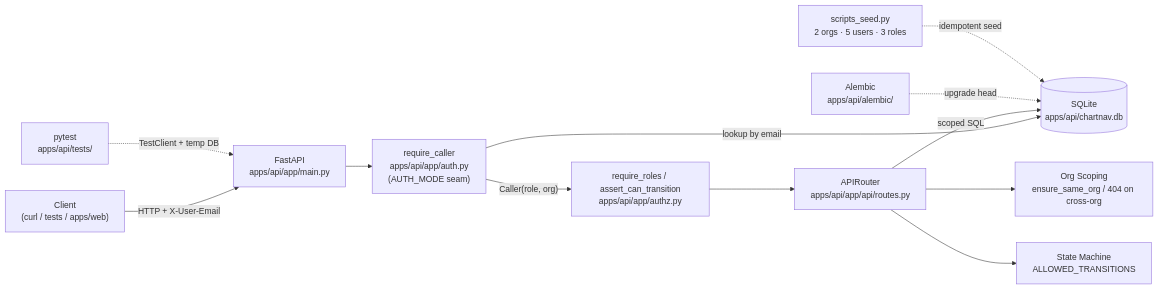
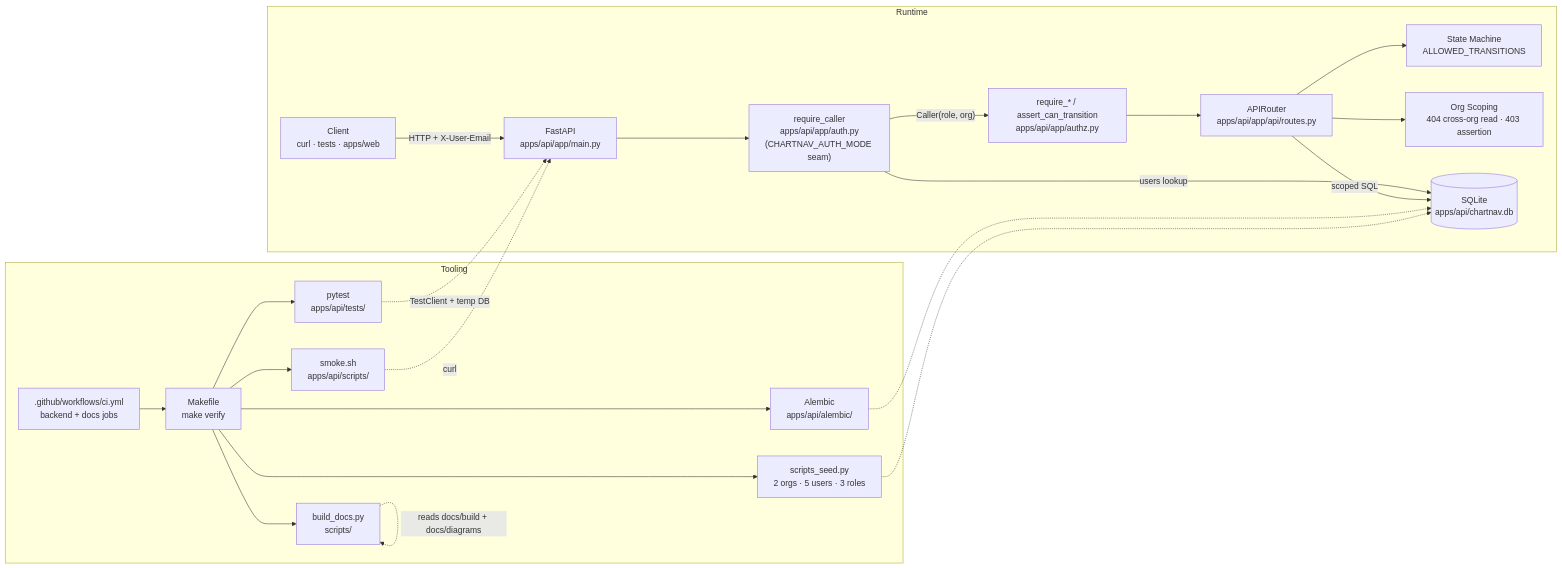
The diagram in docs/diagrams/system-architecture.md (thekidd2227/chartnav-platform), drawn with Mermaid before and after one commit. The commit also changed 16 other files, not shown here.

````diff
--- a/docs/diagrams/system-architecture.md
+++ b/docs/diagrams/system-architecture.md
@@ -3,26 +3,43 @@
 ```mermaid
 flowchart LR
-  Client["Client<br/>(curl / tests / apps/web)"]
-  FastAPI["FastAPI<br/>apps/api/app/main.py"]
-  Authn["require_caller<br/>apps/api/app/auth.py<br/>(AUTH_MODE seam)"]
-  Authz["require_roles / assert_can_transition<br/>apps/api/app/authz.py"]
-  Router["APIRouter<br/>apps/api/app/api/routes.py"]
-  SM["State Machine<br/>ALLOWED_TRANSITIONS"]
-  Scope["Org Scoping<br/>ensure_same_org / 404 on cross-org"]
-  DB[("SQLite<br/>apps/api/chartnav.db")]
-  Alembic["Alembic<br/>apps/api/alembic/"]
-  Seed["scripts_seed.py<br/>2 orgs · 5 users · 3 roles"]
-  Tests["pytest<br/>apps/api/tests/"]
+  subgraph Runtime
+    Client["Client<br/>curl · tests · apps/web"]
+    FastAPI["FastAPI<br/>apps/api/app/main.py"]
+    Authn["require_caller<br/>apps/api/app/auth.py<br/>(CHARTNAV_AUTH_MODE seam)"]
+    Authz["require_* / assert_can_transition<br/>apps/api/app/authz.py"]
+    Router["APIRouter<br/>apps/api/app/api/routes.py"]
+    SM["State Machine<br/>ALLOWED_TRANSITIONS"]
+    Scope["Org Scoping<br/>404 cross-org read · 403 assertion"]
+    DB[("SQLite<br/>apps/api/chartnav.db")]
+  end
+  subgraph Tooling
+    Alembic["Alembic<br/>apps/api/alembic/"]
+    Seed["scripts_seed.py<br/>2 orgs · 5 users · 3 roles"]
+    PyTest["pytest<br/>apps/api/tests/"]
+    Smoke["smoke.sh<br/>apps/api/scripts/"]
+    DocBuild["build_docs.py<br/>scripts/"]
+    Make["Makefile<br/>make verify"]
+    CI[".github/workflows/ci.yml<br/>backend + docs jobs"]
+  end
 
   Client -->|"HTTP + X-User-Email"| FastAPI
   FastAPI --> Authn
-  Authn -->|"lookup by email"| DB
+  Authn -->|"users lookup"| DB
   Authn -->|"Caller(role, org)"| Authz
   Authz --> Router
   Router --> Scope
   Router --> SM
   Router -->|"scoped SQL"| DB
-  Alembic -.->|"upgrade head"| DB
-  Seed -.->|"idempotent seed"| DB
-  Tests -.->|"TestClient + temp DB"| FastAPI
+
+  Alembic -.-> DB
+  Seed -.-> DB
+  PyTest -.->|"TestClient + temp DB"| FastAPI
+  Smoke -.->|"curl"| FastAPI
+  DocBuild -.->|"reads docs/build + docs/diagrams"| DocBuild
+  Make --> Alembic
+  Make --> Seed
+  Make --> PyTest
+  Make --> Smoke
+  Make --> DocBuild
+  CI --> Make
 ```
````
